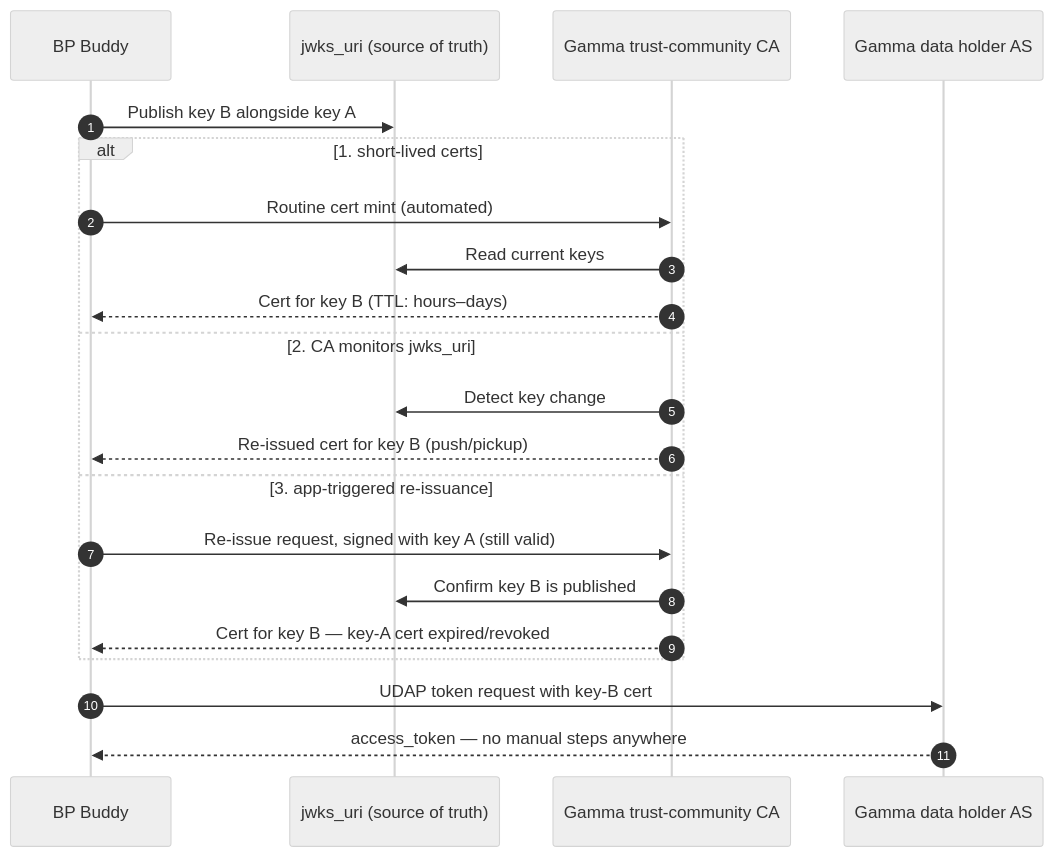
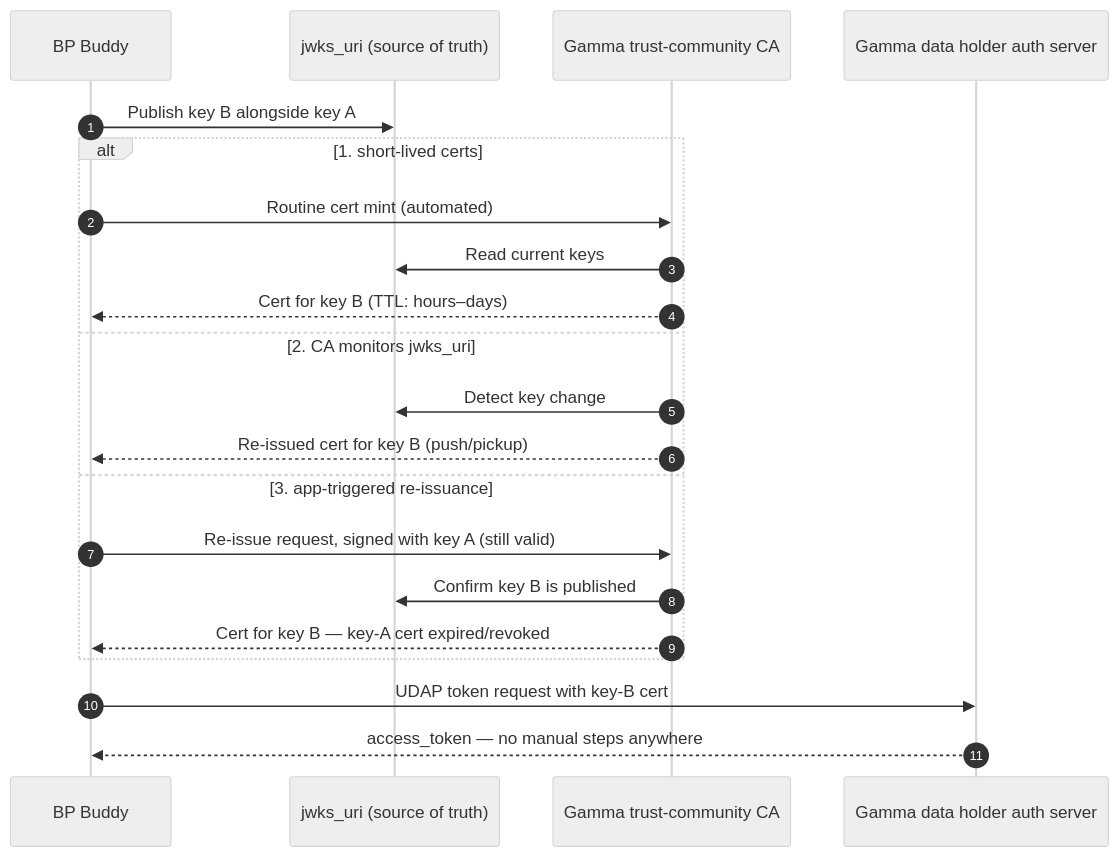
The tenth of 10 diagrams in app-connectivity-flows.md (jmandel/cms-ns), drawn with Mermaid (neutral theme) before and after one commit. The commit also changed other lines of this file and 2 other files, not shown here.

````diff
--- a/app-connectivity-flows.md
+++ b/app-connectivity-flows.md
@@ -259,24 +265,24 @@
 ```mermaid
 sequenceDiagram
     autonumber
     participant App as BP Buddy
     participant JWKS as jwks_uri (source of truth)
     participant CA as Gamma trust-community CA
-    participant DH as Gamma data holder AS
+    participant DH as Gamma data holder auth server
 
     App->>JWKS: Publish key B alongside key A
     alt 1. short-lived certs
         App->>CA: Routine cert mint (automated)
         CA->>JWKS: Read current keys
         CA-->>App: Cert for key B (TTL: hours–days)
     else 2. CA monitors jwks_uri
         CA->>JWKS: Detect key change
         CA-->>App: Re-issued cert for key B (push/pickup)
     else 3. app-triggered re-issuance
         App->>CA: Re-issue request, signed with key A (still valid)
         CA->>JWKS: Confirm key B is published
         CA-->>App: Cert for key B — key-A cert expired/revoked
     end
     App->>DH: UDAP token request with key-B cert
     DH-->>App: access_token — no manual steps anywhere
 ```
````
